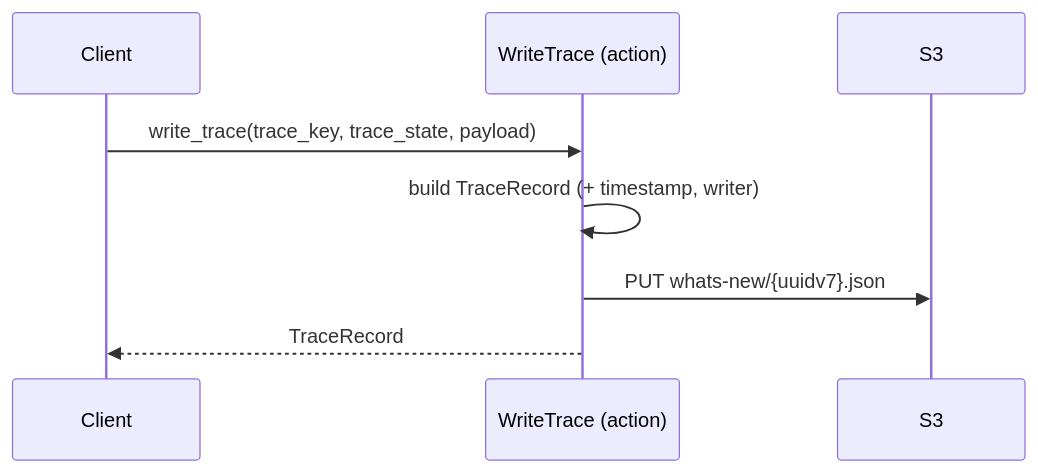
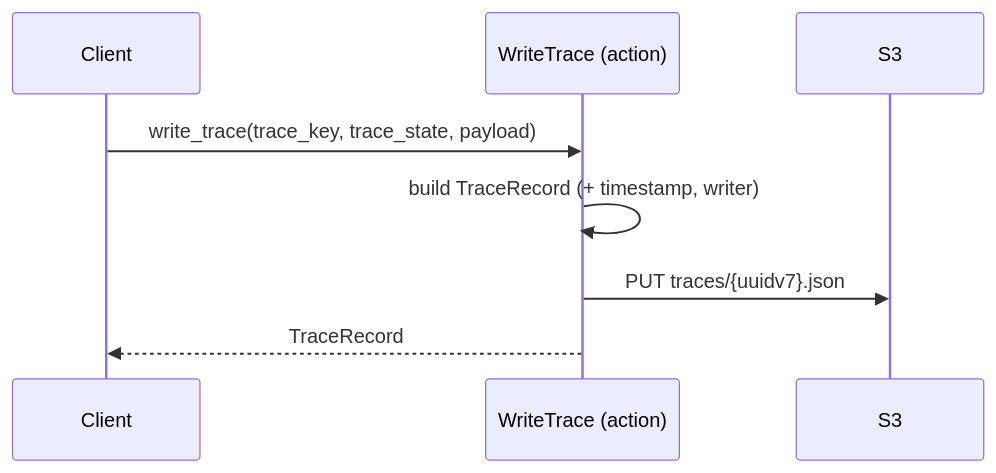
Before and after one commit to mnieber/woodstock: the diagram in libs/woodstock_sdk/python/docs/spec/scenarios/ms1_a_client_writes_a_simple_trace.md, drawn with Mermaid. The commit also changed other lines of this file and 12 other files, not shown here.

````diff
--- a/libs/woodstock_sdk/python/docs/spec/scenarios/ms1_a_client_writes_a_simple_trace.md
+++ b/libs/woodstock_sdk/python/docs/spec/scenarios/ms1_a_client_writes_a_simple_trace.md
@@ -28,11 +28,11 @@
 ```mermaid
 sequenceDiagram
     participant Client
     participant WriteTrace as WriteTrace (action)
     participant S3
 
     Client->>WriteTrace: write_trace(trace_key, trace_state, payload)
     WriteTrace->>WriteTrace: build TraceRecord (+ timestamp, writer)
-    WriteTrace->>S3: PUT whats-new/{uuidv7}.json
+    WriteTrace->>S3: PUT traces/{uuidv7}.json
     WriteTrace-->>Client: TraceRecord
 ```
````
